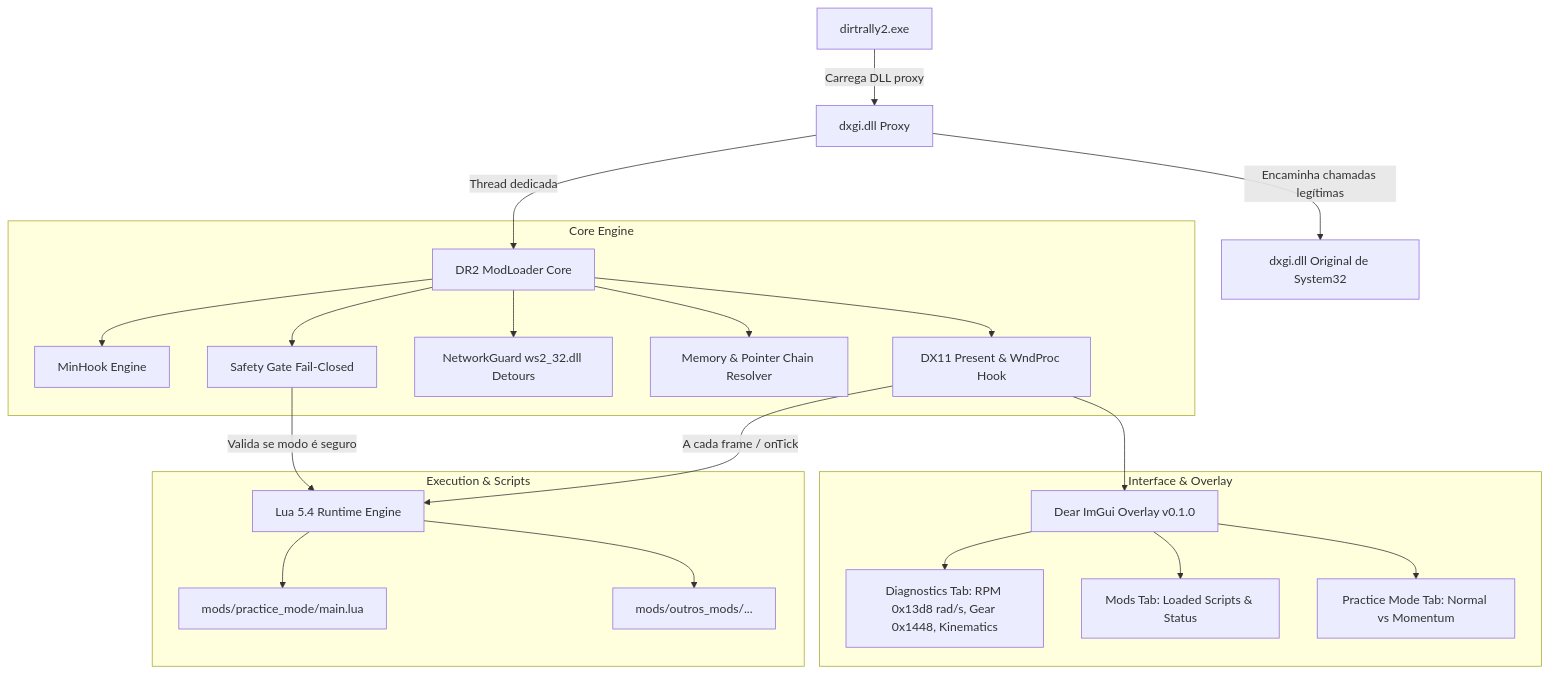
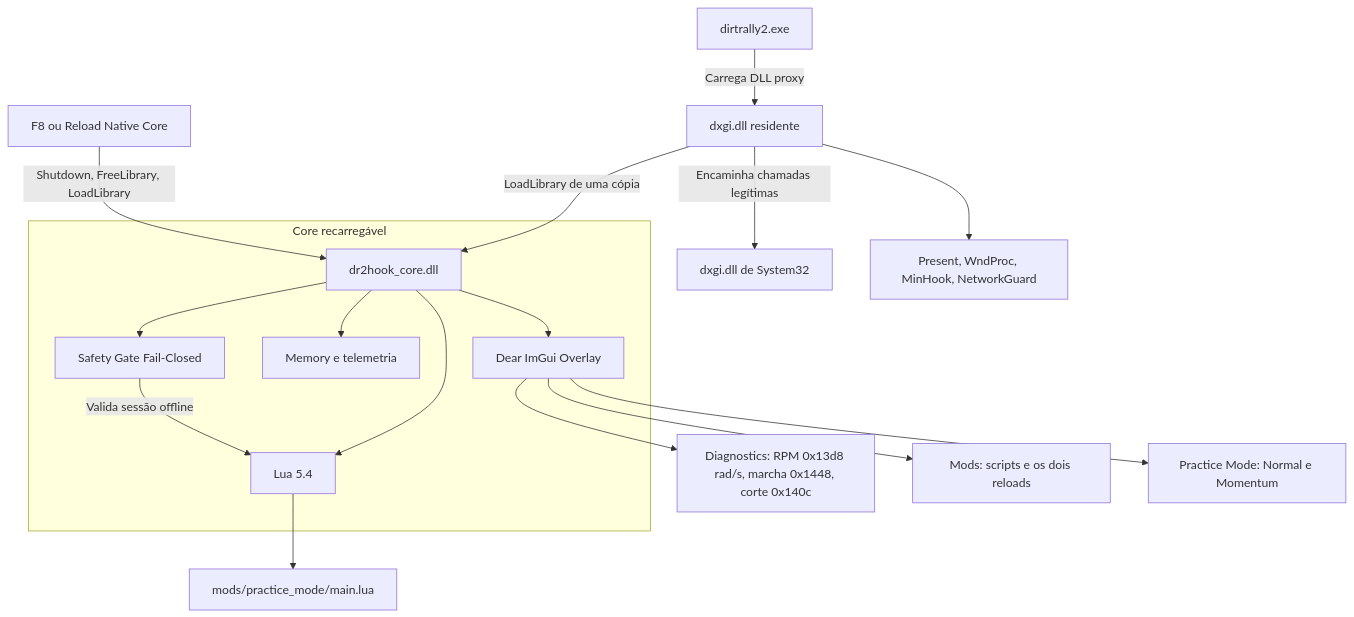
The diagram in SSOT.md (dsnsilvf/DR2Hook), drawn with Mermaid before and after one commit. The commit also changed other lines of this file and 67 other files, not shown here.

Commit message:
docs(re): consolidar engenharia reversa e progresso local (docs RE, dr2rec, native_screen, mod_menu)

````diff
--- a/SSOT.md
+++ b/SSOT.md
@@ -32,28 +32,21 @@
 ```mermaid
 graph TD
-    A[dirtrally2.exe] -->|Carrega DLL proxy| B[dxgi.dll Proxy]
-    B -->|Thread dedicada| C[DR2 ModLoader Core]
-    B -->|Encaminha chamadas legítimas| SYS[dxgi.dll Original de System32]
-    
-    subgraph Core Engine
-        C --> D[MinHook Engine]
+    A[dirtrally2.exe] -->|Carrega DLL proxy| B[dxgi.dll residente]
+    B -->|Encaminha chamadas legítimas| SYS[dxgi.dll de System32]
+    B --> HK[Present, WndProc, MinHook, NetworkGuard]
+    B -->|LoadLibrary de uma cópia| C[dr2hook_core.dll]
+    F8[F8 ou Reload Native Core] -->|Shutdown, FreeLibrary, LoadLibrary| C
+
+    subgraph Core recarregável
         C --> E[Safety Gate Fail-Closed]
-        C --> NET[NetworkGuard ws2_32.dll Detours]
-        C --> F[Memory & Pointer Chain Resolver]
-        C --> G[DX11 Present & WndProc Hook]
+        C --> F[Memory e telemetria]
+        C --> UI[Dear ImGui Overlay]
+        C --> H[Lua 5.4]
     end
-    
-    subgraph Interface & Overlay
-        G --> UI[Dear ImGui Overlay v0.1.0]
-        UI --> TAB1[Diagnostics Tab: RPM 0x13d8 rad/s, Gear 0x1448, Kinematics]
-        UI --> TAB2[Mods Tab: Loaded Scripts & Status]
-        UI --> TAB3[Practice Mode Tab: Normal vs Momentum]
-    end
-    
-    subgraph Execution & Scripts
-        G -->|A cada frame / onTick| H[Lua 5.4 Runtime Engine]
-        E -->|Valida se modo é seguro| H
-        H --> I[mods/practice_mode/main.lua]
-        H --> J[mods/outros_mods/...]
-    end
+
+    UI --> TAB1[Diagnostics: RPM 0x13d8 rad/s, marcha 0x1448, corte 0x140c]
+    UI --> TAB2[Mods: scripts e os dois reloads]
+    UI --> TAB3[Practice Mode: Normal e Momentum]
+    E -->|Valida sessão offline| H
+    H --> I[mods/practice_mode/main.lua]
 ```
````
